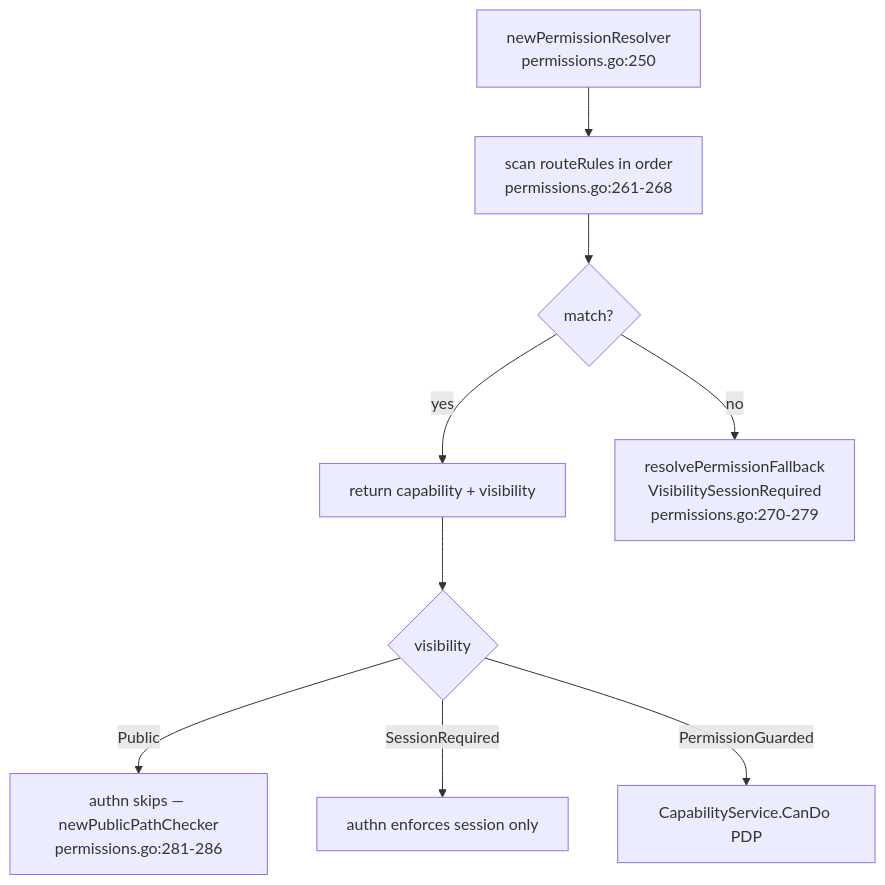
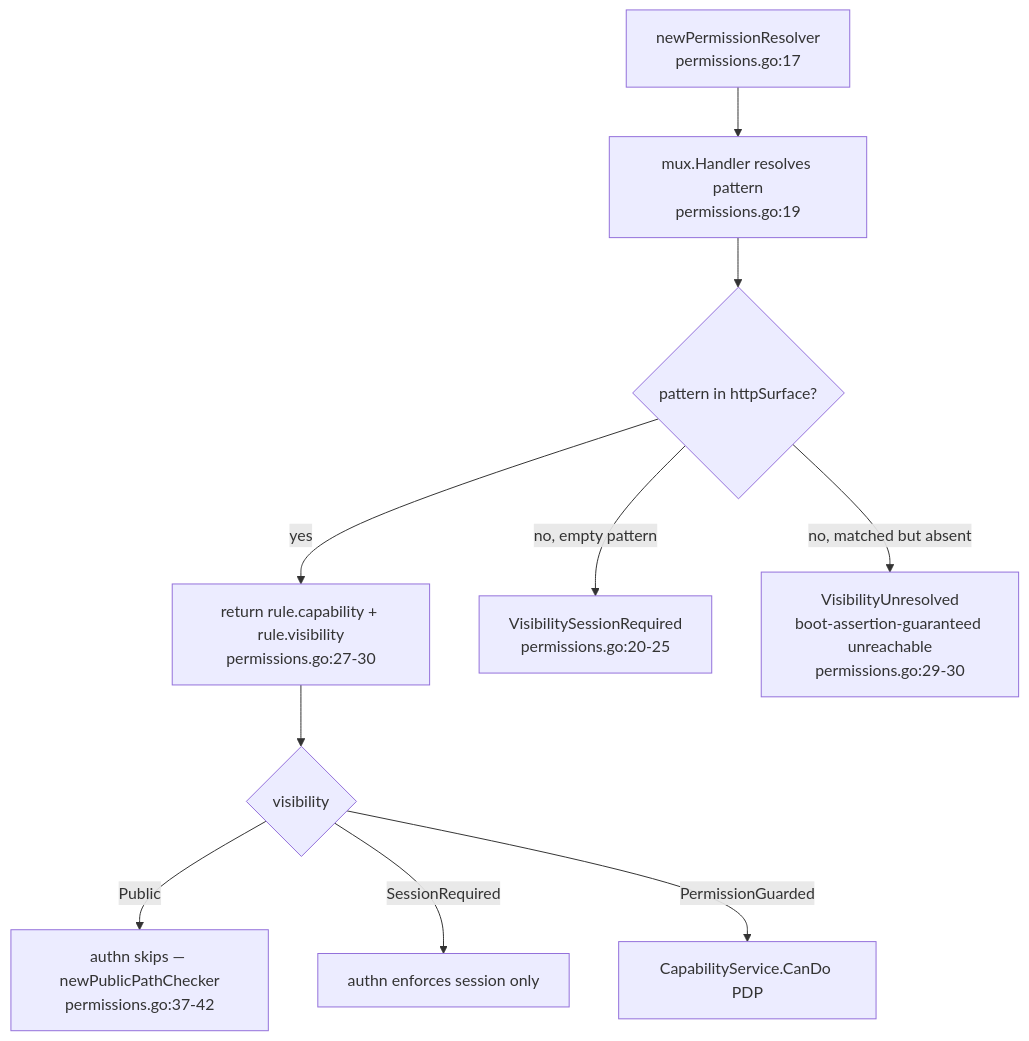
Before and after one commit to developmentconexus-ops/MetalDocs: the third of 4 diagrams in wiki/backend/http-kernel.md, drawn with Mermaid. The commit also changed other lines of this file and 5 other files, not shown here.

````diff
--- a/wiki/backend/http-kernel.md
+++ b/wiki/backend/http-kernel.md
@@ -169,11 +184,12 @@
 ```mermaid
 flowchart TD
-    A[newPermissionResolver<br/>permissions.go:250] --> B[scan routeRules in order<br/>permissions.go:261-268]
-    B --> C{match?}
-    C -- yes --> D[return capability + visibility]
-    C -- no --> E[resolvePermissionFallback<br/>VisibilitySessionRequired<br/>permissions.go:270-279]
+    A[newPermissionResolver<br/>permissions.go:17] --> B[mux.Handler resolves pattern<br/>permissions.go:19]
+    B --> C{pattern in httpSurface?}
+    C -- yes --> D[return rule.capability + rule.visibility<br/>permissions.go:27-30]
+    C -- no, empty pattern --> E0[VisibilitySessionRequired<br/>permissions.go:20-25]
+    C -- no, matched but absent --> E1[VisibilityUnresolved<br/>boot-assertion-guaranteed unreachable<br/>permissions.go:29-30]
     D --> F{visibility}
-    F -- Public --> G[authn skips — newPublicPathChecker<br/>permissions.go:281-286]
+    F -- Public --> G[authn skips — newPublicPathChecker<br/>permissions.go:37-42]
     F -- SessionRequired --> H[authn enforces session only]
     F -- PermissionGuarded --> I[CapabilityService.CanDo PDP]
 ```
````
